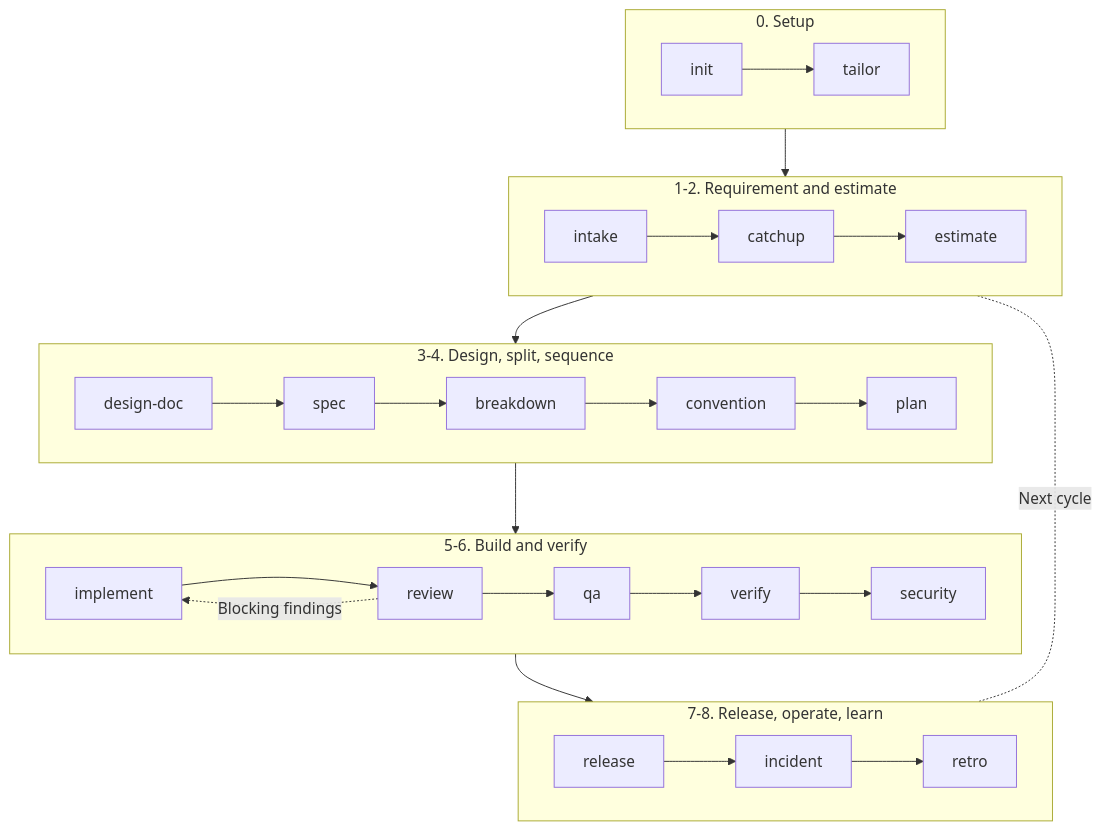
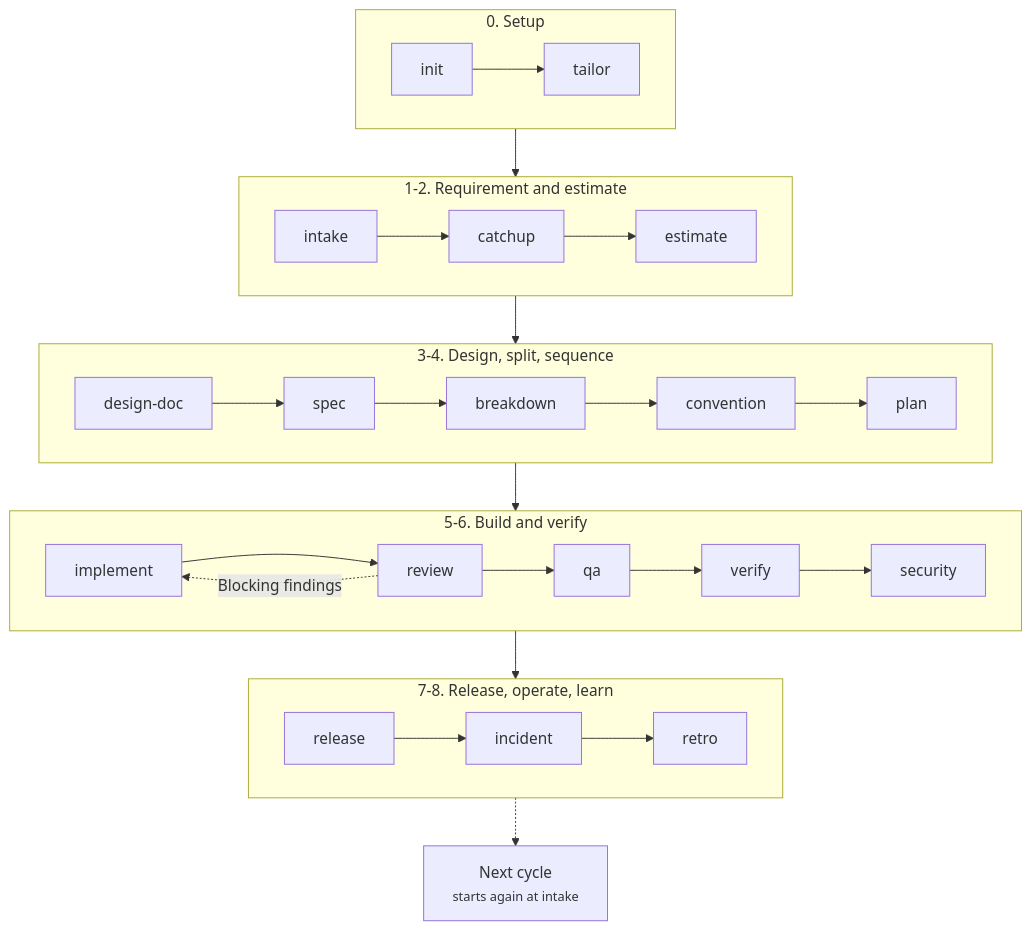
The diagram in README.md (lamngockhuong/aiteamkit), drawn with Mermaid before and after one commit. The commit also changed 6 other files, not shown here.

First line of the commit message:
fix: draw a diagram's loop back to an end node so it keeps its arrowhead

````diff
--- a/README.md
+++ b/README.md
@@ -16,26 +16,26 @@
 ```mermaid
 flowchart TD
     subgraph L0["0. Setup"]
         direction LR
         I["init"] --> T["tailor"]
     end
     subgraph L1["1-2. Requirement and estimate"]
         direction LR
         IN["intake"] --> C["catchup"] --> E["estimate"]
     end
     subgraph L2["3-4. Design, split, sequence"]
         direction LR
         D["design-doc"] --> SP["spec"] --> B["breakdown"] --> CV["convention"] --> P["plan"]
     end
     subgraph L3["5-6. Build and verify"]
         direction LR
         IM["implement"] --> R["review"] --> Q["qa"] --> V["verify"] --> S["security"]
         R -.->|Blocking findings| IM
     end
     subgraph L4["7-8. Release, operate, learn"]
         direction LR
         RL["release"] --> IC["incident"] --> RT["retro"]
     end
     L0 --> L1 --> L2 --> L3 --> L4
-    L1 <-.-|Next cycle| L4
+    L4 -.-> NC["Next cycle<br/><small>starts again at intake</small>"]
 ```
````
